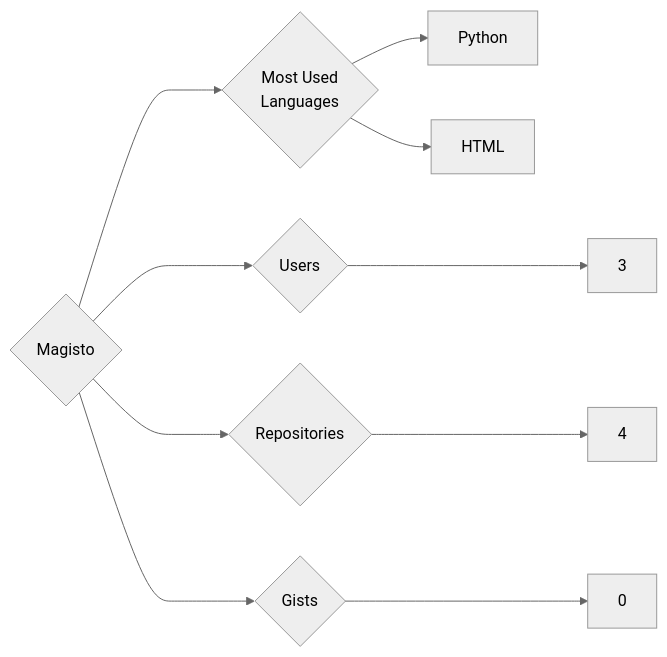
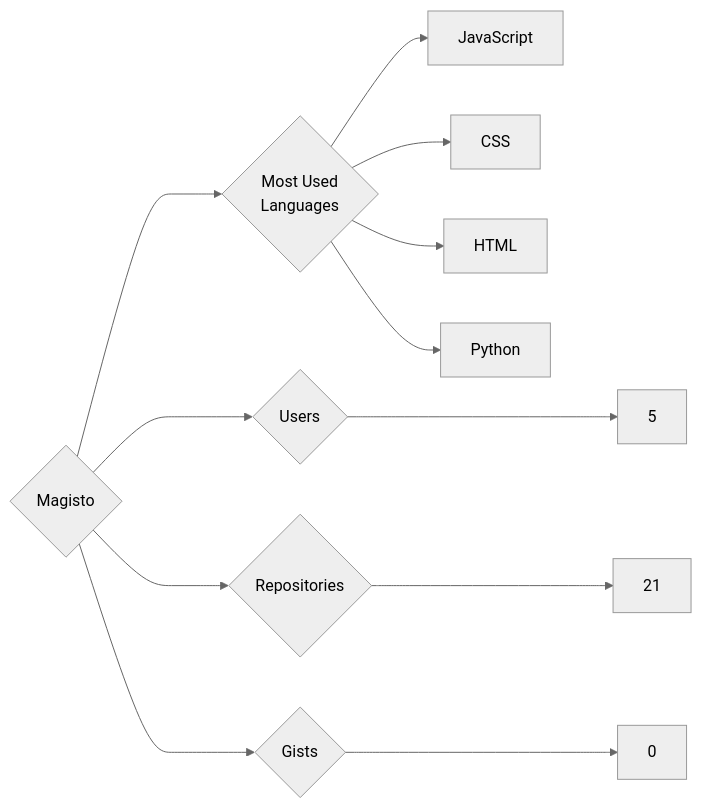
Before and after one commit to trickest/insiders: the diagram in targets/Magisto/README.md, drawn with Mermaid (neutral theme). The commit also changed 951 other files, not shown here.

````diff
--- a/targets/Magisto/README.md
+++ b/targets/Magisto/README.md
@@ -3,10 +3,12 @@
 ```mermaid
 graph LR
 COMPANY_NAME{Magisto}
-COMPANY_NAME ---> U{Users} ---> UN[3]
-COMPANY_NAME ---> R{Repositories} ---> RN[4]
+COMPANY_NAME ---> U{Users} ---> UN[5]
+COMPANY_NAME ---> R{Repositories} ---> RN[21]
 COMPANY_NAME ---> G{Gists} ---> GN[0]
 COMPANY_NAME ---> ML{Most Used<br>Languages}
-ML --> Python
-ML --> HTML
+ML --> JavaScript[JavaScript]
+ML --> CSS[CSS]
+ML --> HTML[HTML]
+ML --> Python[Python]
 ```
````
